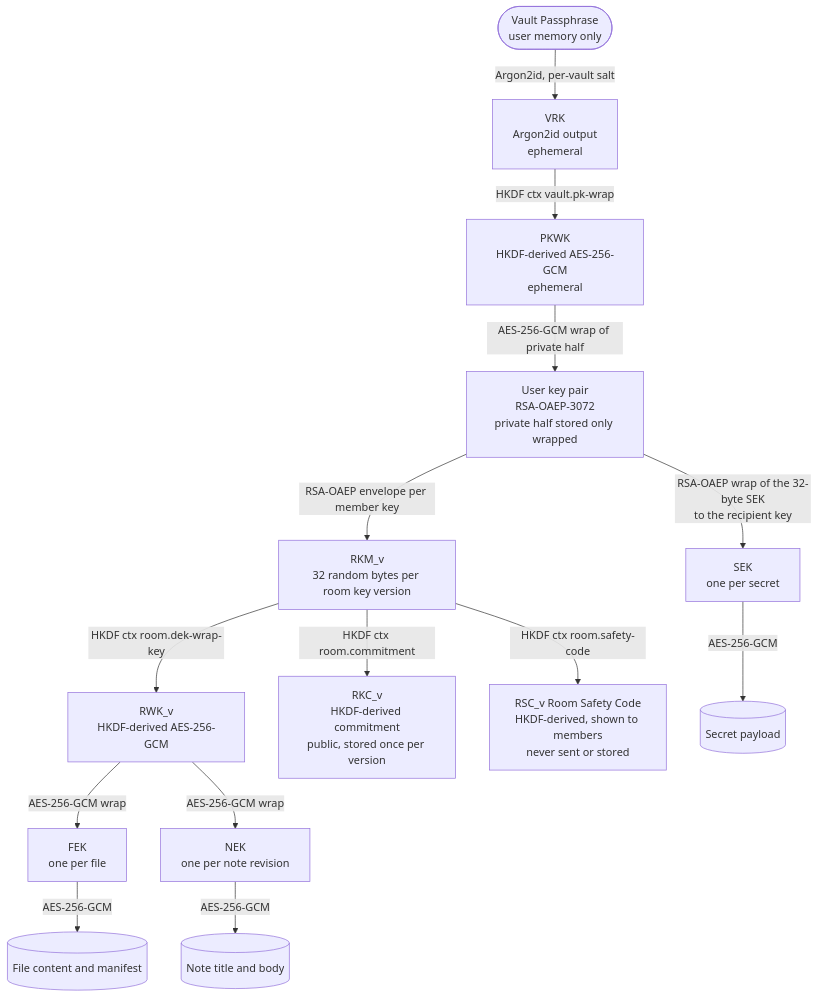
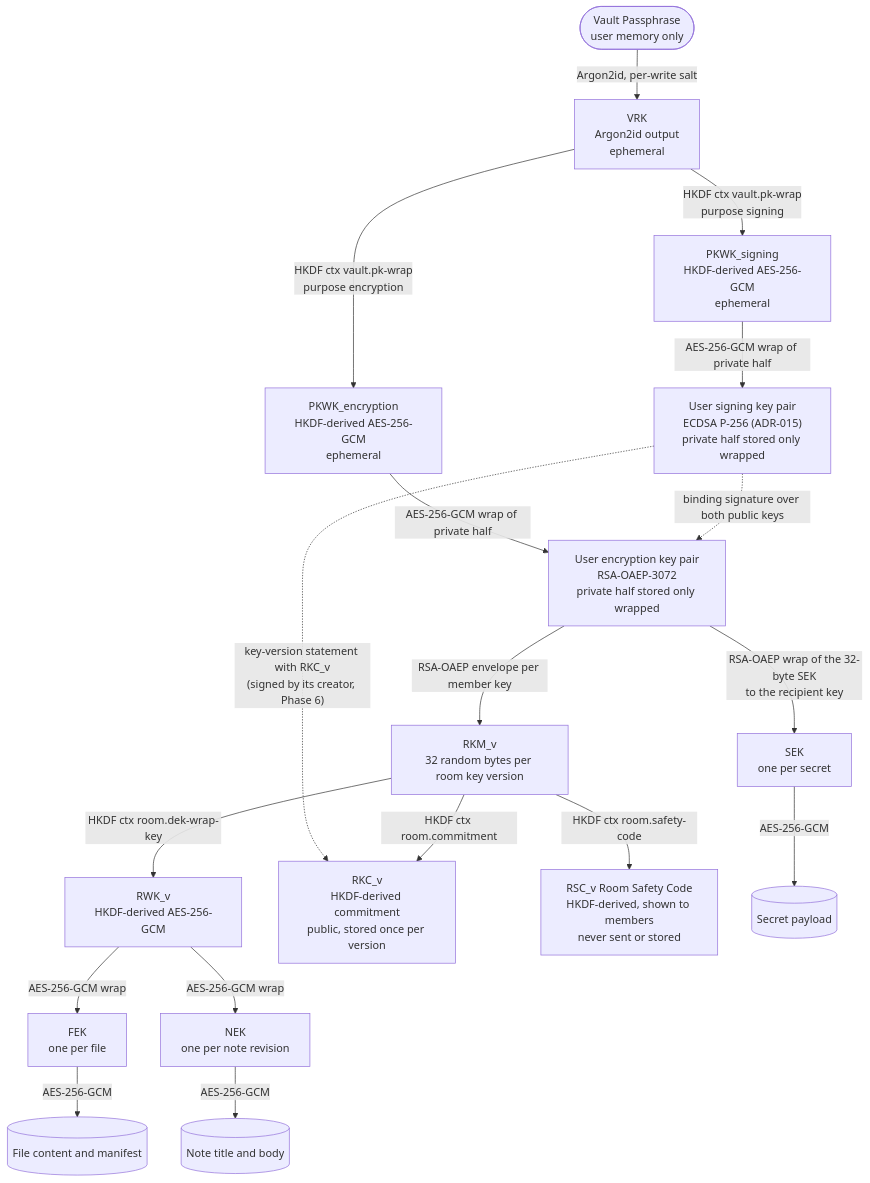
Before and after one commit to mhmmdimanquliyev7-dot/CipherMesh: the first of 2 diagrams in docs/crypto/key-hierarchy.md, drawn with Mermaid. The commit also changed other lines of this file and 25 other files, not shown here.

First line of the commit message:
docs: Phase 4 cryptography, vault, threat model, ISMS and traceability (CM-T023 to CM-T028, CM-T086)

````diff
--- a/docs/crypto/key-hierarchy.md
+++ b/docs/crypto/key-hierarchy.md
@@ -9,33 +9,39 @@
 ```mermaid
 flowchart TD
   VP(["Vault Passphrase<br/>user memory only"])
   VRK["VRK<br/>Argon2id output<br/>ephemeral"]
-  PKWK["PKWK<br/>HKDF-derived AES-256-GCM<br/>ephemeral"]
-  KP["User key pair<br/>RSA-OAEP-3072<br/>private half stored only wrapped"]
-  VP -->|"Argon2id, per-vault salt"| VRK
-  VRK -->|"HKDF ctx vault.pk-wrap"| PKWK
-  PKWK -->|"AES-256-GCM wrap of private half"| KP
+  PKWKE["PKWK_encryption<br/>HKDF-derived AES-256-GCM<br/>ephemeral"]
+  PKWKS["PKWK_signing<br/>HKDF-derived AES-256-GCM<br/>ephemeral"]
+  KP["User encryption key pair<br/>RSA-OAEP-3072<br/>private half stored only wrapped"]
+  SK["User signing key pair<br/>ECDSA P-256 (ADR-015)<br/>private half stored only wrapped"]
+  VP -->|"Argon2id, per-write salt"| VRK
+  VRK -->|"HKDF ctx vault.pk-wrap<br/>purpose encryption"| PKWKE
+  VRK -->|"HKDF ctx vault.pk-wrap<br/>purpose signing"| PKWKS
+  PKWKE -->|"AES-256-GCM wrap of private half"| KP
+  PKWKS -->|"AES-256-GCM wrap of private half"| SK
+  SK -.->|"binding signature over both public keys"| KP
 
   RKM["RKM_v<br/>32 random bytes per room key version"]
   RWK["RWK_v<br/>HKDF-derived AES-256-GCM"]
   RKC["RKC_v<br/>HKDF-derived commitment<br/>public, stored once per version"]
   RSC["RSC_v Room Safety Code<br/>HKDF-derived, shown to members<br/>never sent or stored"]
   KP -->|"RSA-OAEP envelope per member key"| RKM
+  SK -.->|"key-version statement with RKC_v<br/>(signed by its creator, Phase 6)"| RKC
   RKM -->|"HKDF ctx room.dek-wrap-key"| RWK
   RKM -->|"HKDF ctx room.commitment"| RKC
   RKM -->|"HKDF ctx room.safety-code"| RSC
 
   FEK["FEK<br/>one per file"]
   NEK["NEK<br/>one per note revision"]
   SEK["SEK<br/>one per secret"]
   RWK -->|"AES-256-GCM wrap"| FEK
   RWK -->|"AES-256-GCM wrap"| NEK
   KP -->|"RSA-OAEP wrap of the 32-byte SEK<br/>to the recipient key"| SEK
 
   FC[("File content and manifest")]
   NC[("Note title and body")]
   SC[("Secret payload")]
   FEK -->|"AES-256-GCM"| FC
   NEK -->|"AES-256-GCM"| NC
   SEK -->|"AES-256-GCM"| SC
 ```
````
